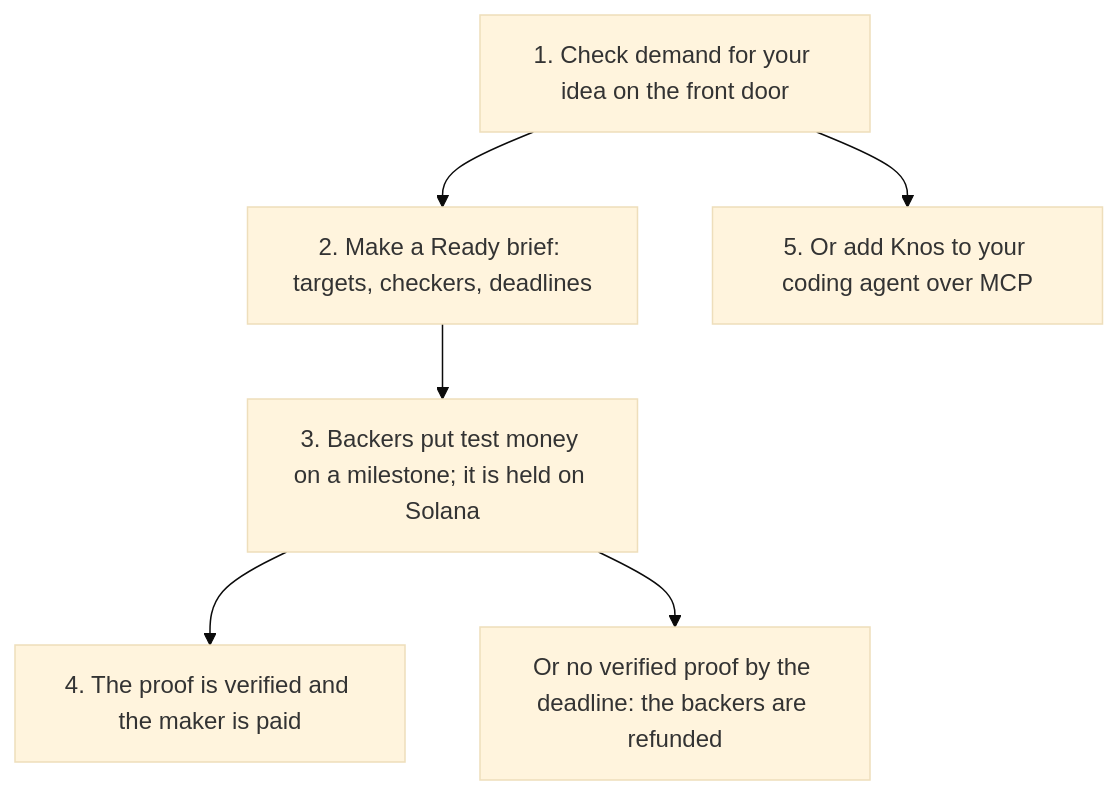
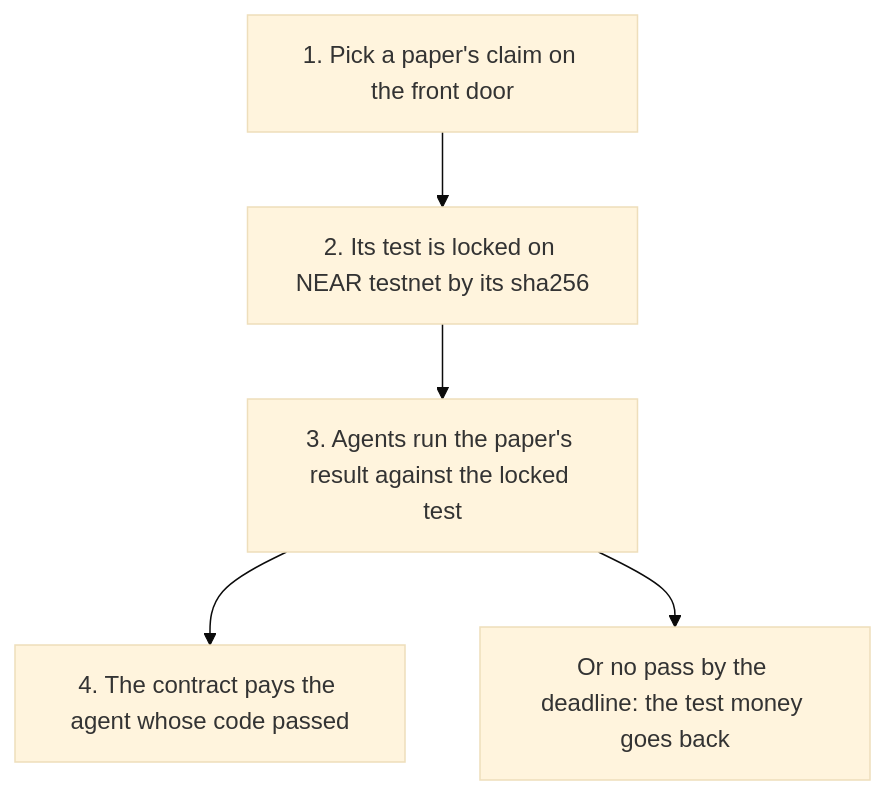
One commit to drexthealpha/Knos changed the diagram in docs/START.md. Above: the diagram before and after it, drawn with Mermaid (base theme). The commit also changed other lines of this file and 101 other files, not shown here.

````diff
--- a/docs/START.md
+++ b/docs/START.md
@@ -7,12 +7,10 @@
 ```mermaid
 flowchart TB
-    demand["1. Check demand for your idea on the front door"]
-    ready["2. Make a Ready brief: targets, checkers, deadlines"]
-    fund["3. Backers put test money on a milestone; it is held on Solana"]
-    paid["4. The proof is verified and the maker is paid"]
-    back["Or no verified proof by the deadline: the backers are refunded"]
-    agent["5. Or add Knos to your coding agent over MCP"]
-    demand --> ready --> fund --> paid
-    fund --> back
-    demand --> agent
+    claim["1. Pick a paper's claim on the front door"]
+    locked["2. Its test is locked on NEAR testnet by its sha256"]
+    agents["3. Agents run the paper's result against the locked test"]
+    paid["4. The contract pays the agent whose code passed"]
+    back["Or no pass by the deadline: the test money goes back"]
+    claim --> locked --> agents --> paid
+    agents --> back
 ```
````
